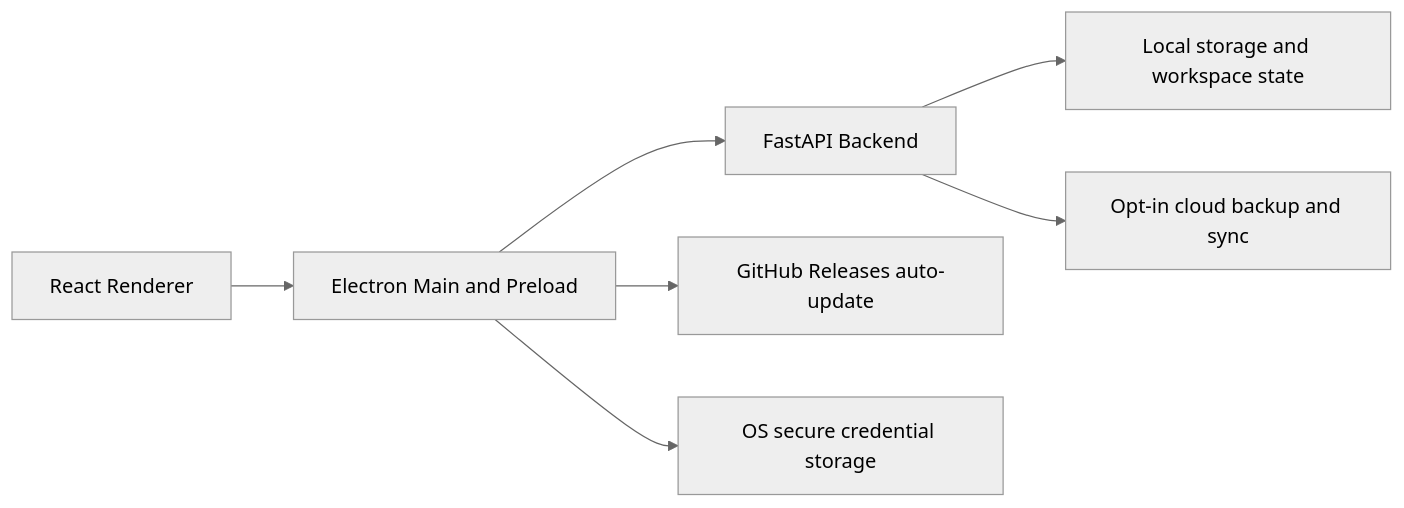
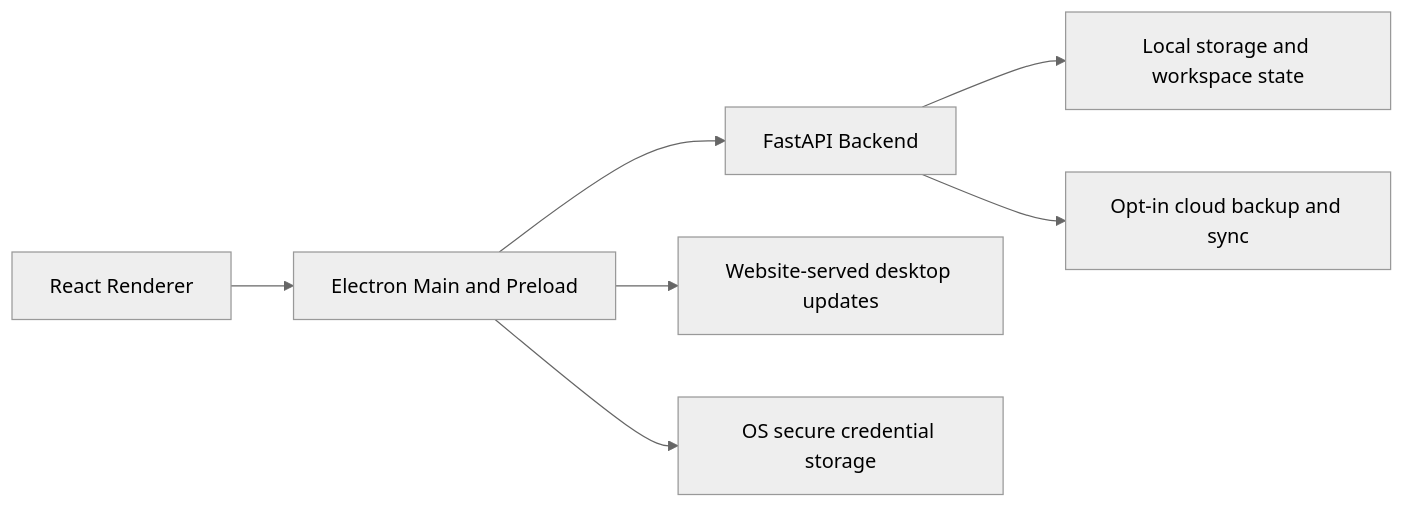
One commit to ctex-ai/PigTex changed the diagram in README.md. Above: the diagram before and after it, drawn with Mermaid (neutral theme). The commit also changed other lines of this file and 63 other files, not shown here.

Commit message:
feat: ship PigTex 1.1.3 reset and managed update flow

````diff
--- a/README.md
+++ b/README.md
@@ -119,9 +119,9 @@
 ```mermaid
 flowchart LR
     UI[React Renderer] --> IPC[Electron Main and Preload]
     IPC --> API[FastAPI Backend]
     API --> LOCAL[Local storage and workspace state]
     API --> CLOUD[Opt-in cloud backup and sync]
-    IPC --> UPDATE[GitHub Releases auto-update]
+    IPC --> UPDATE[Website-served desktop updates]
     IPC --> SECURE[OS secure credential storage]
 ```
````
